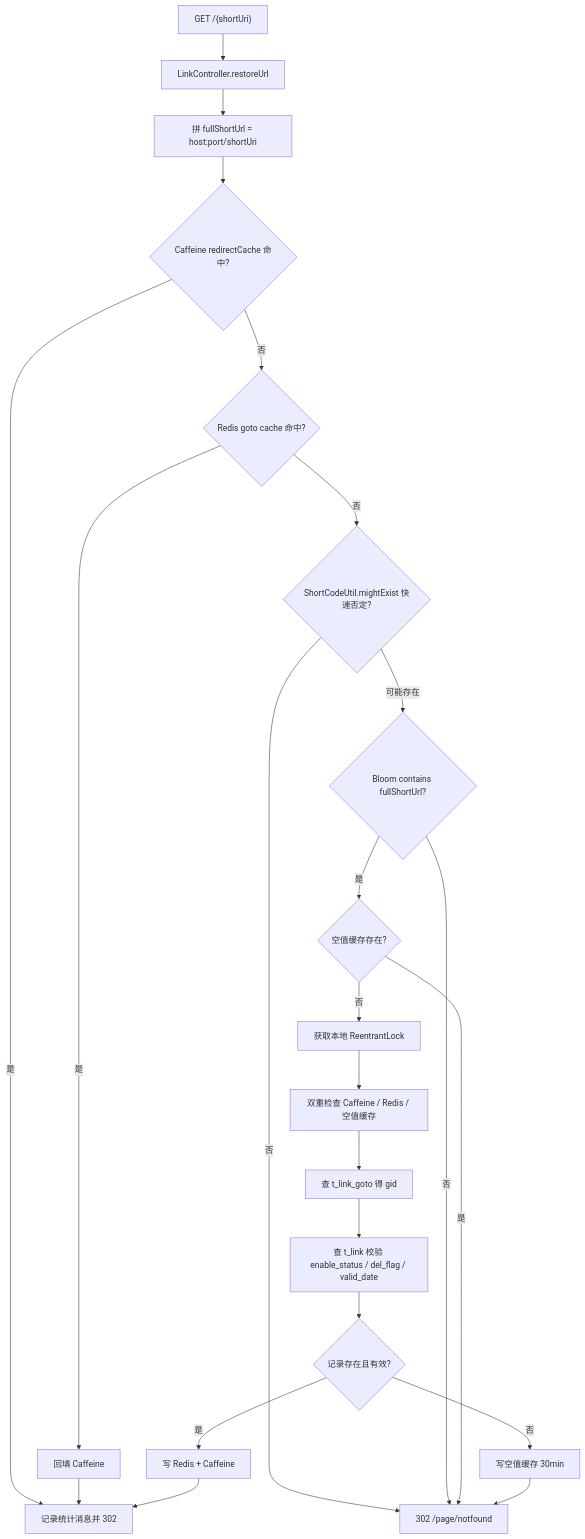
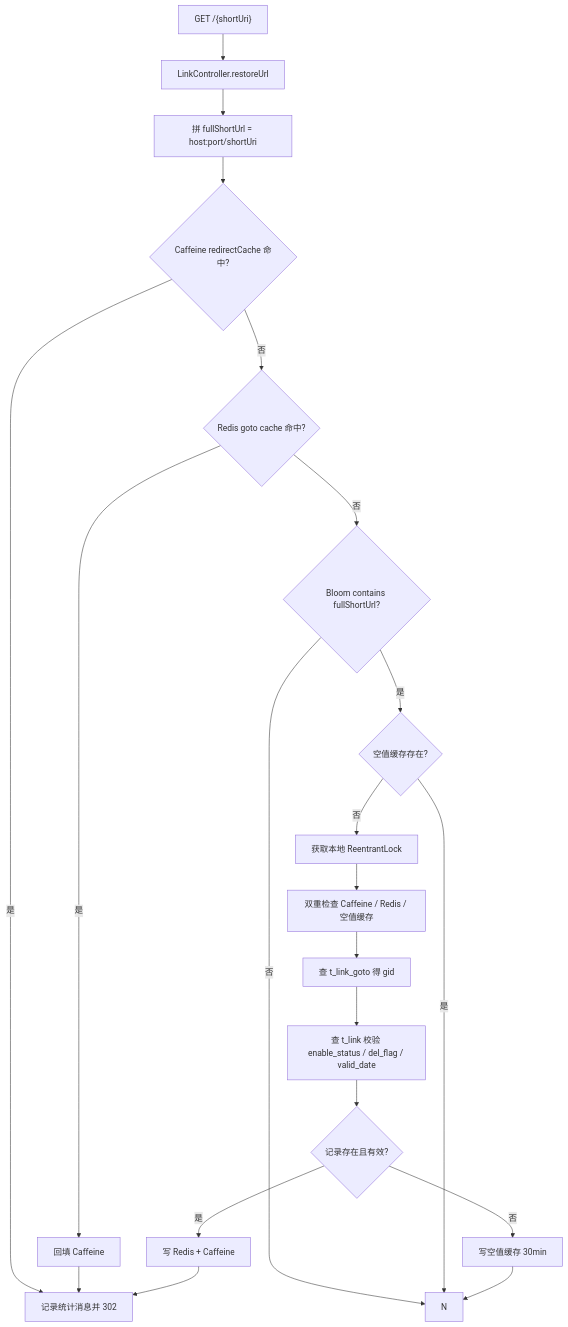
One commit to haotangyuan/shortlink changed the fourth of 9 diagrams in notebook/intro/ShortLink项目技术文档.md. Above: the diagram before and after it, drawn with Mermaid. The commit also changed other lines of this file and 74 other files, not shown here.

````diff
--- a/notebook/intro/ShortLink项目技术文档.md
+++ b/notebook/intro/ShortLink项目技术文档.md
@@ -516,22 +516,20 @@
 ```mermaid
 flowchart TD
     A["GET /{shortUri}"] --> B["LinkController.restoreUrl"]
     B --> C["拼 fullShortUrl = host:port/shortUri"]
     C --> D{"Caffeine redirectCache 命中?"}
     D -- "是" --> R["记录统计消息并 302"]
     D -- "否" --> E{"Redis goto cache 命中?"}
     E -- "是" --> F["回填 Caffeine"] --> R
-    E -- "否" --> G{"ShortCodeUtil.mightExist 快速否定?"}
-    G -- "否" --> N["302 /page/notfound"]
-    G -- "可能存在" --> H{"Bloom contains fullShortUrl?"}
+    E -- "否" --> H{"Bloom contains fullShortUrl?"}
     H -- "否" --> N
     H -- "是" --> I{"空值缓存存在?"}
     I -- "是" --> N
     I -- "否" --> J["获取本地 ReentrantLock"]
     J --> K["双重检查 Caffeine / Redis / 空值缓存"]
     K --> L["查 t_link_goto 得 gid"]
     L --> M["查 t_link 校验 enable_status / del_flag / valid_date"]
     M --> O{"记录存在且有效?"}
     O -- "否" --> P["写空值缓存 30min"] --> N
     O -- "是" --> Q["写 Redis + Caffeine"] --> R
 ```
````
